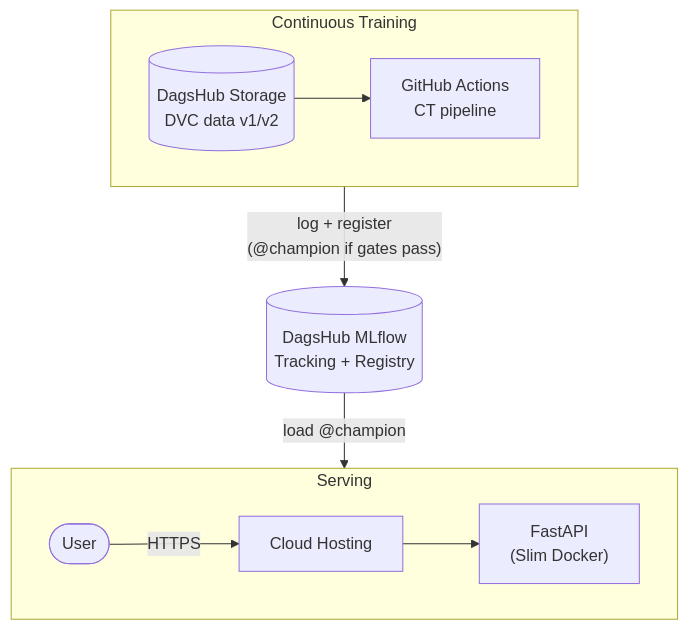
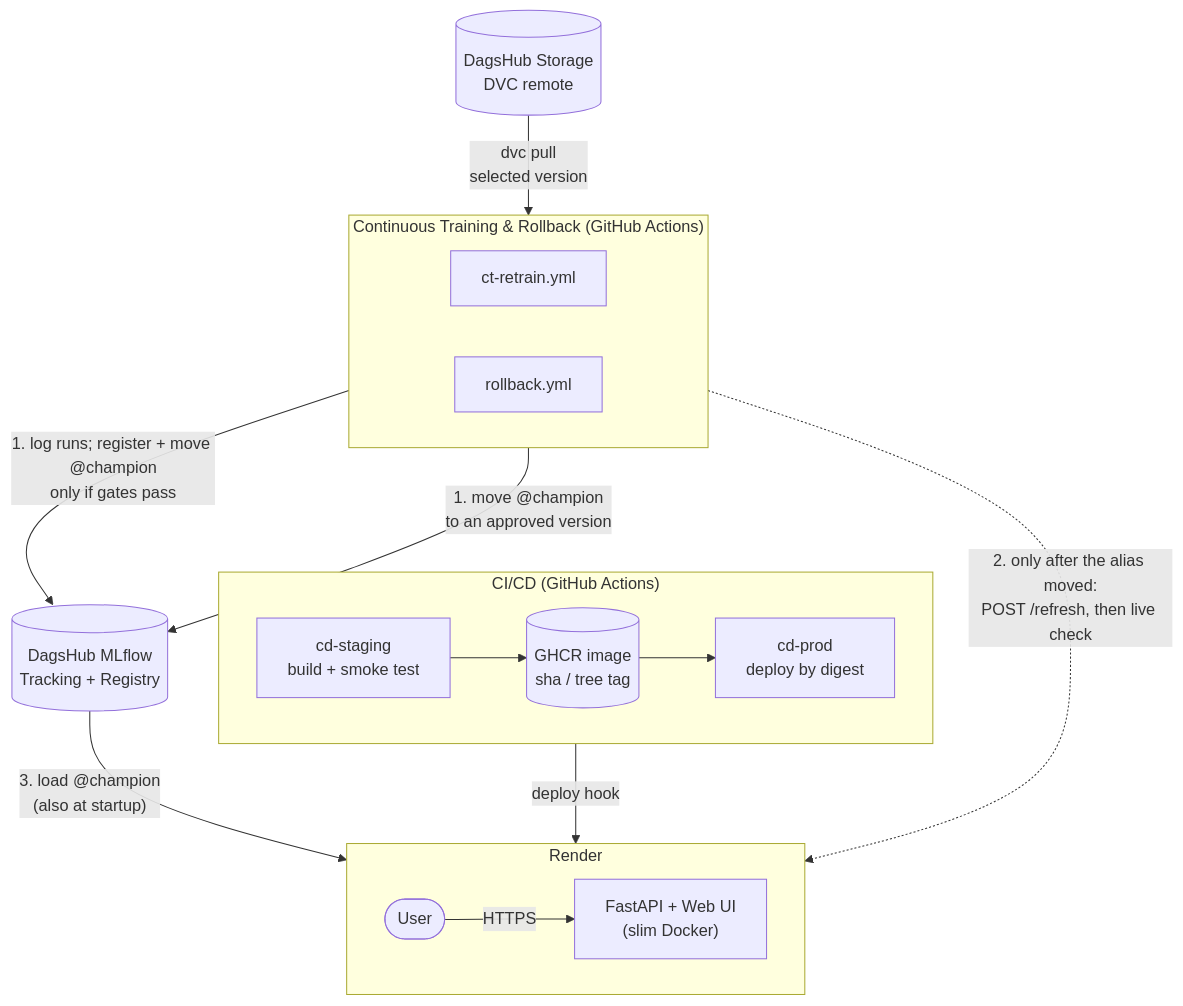
Before and after one commit to ChenAuCarre/enercast-mlops: the diagram in README.md, drawn with Mermaid.

Commit message:
docs: correct the README architecture diagram

````diff
--- a/README.md
+++ b/README.md
@@ -11,13 +11,23 @@
 ```mermaid
 flowchart TB
-    subgraph Training["Continuous Training"]
+    DVC[("DagsHub Storage<br/>DVC remote")]
+    subgraph Training["Continuous Training & Rollback (GitHub Actions)"]
         direction LR
-        DVC[("DagsHub Storage<br/>DVC data v1/v2")] --> CT["GitHub Actions<br/>CT pipeline"]
+        CT["ct-retrain.yml"]
+        RB["rollback.yml"]
     end
-    CT -- "log + register<br/>(@champion if gates pass)" --> MLF[("DagsHub MLflow<br/>Tracking + Registry")]
-    subgraph Serving["Serving"]
+    DVC -- "dvc pull<br/>selected version" --> CT
+    CT -- "1. log runs; register + move @champion<br/>only if gates pass" --> MLF[("DagsHub MLflow<br/>Tracking + Registry")]
+    RB -- "1. move @champion<br/>to an approved version" --> MLF
+    subgraph Delivery["CI/CD (GitHub Actions)"]
         direction LR
-        User(["User"]) -- HTTPS --> Host["Cloud Hosting"] --> API["FastAPI<br/>(Slim Docker)"]
+        STG["cd-staging<br/>build + smoke test"] --> GHCR[("GHCR image<br/>sha / tree tag")] --> PROD["cd-prod<br/>deploy by digest"]
     end
-    MLF -- "load @champion" --> API
+    subgraph Serving["Render"]
+        direction LR
+        User(["User"]) -- HTTPS --> API["FastAPI + Web UI<br/>(slim Docker)"]
+    end
+    PROD -- "deploy hook" --> API
+    MLF -- "3. load @champion<br/>(also at startup)" --> API
+    Training -. "2. only after the alias moved:<br/>POST /refresh, then live check" .-> API
 ```
````
